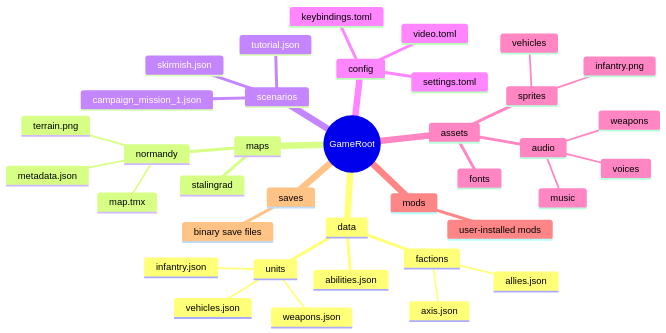
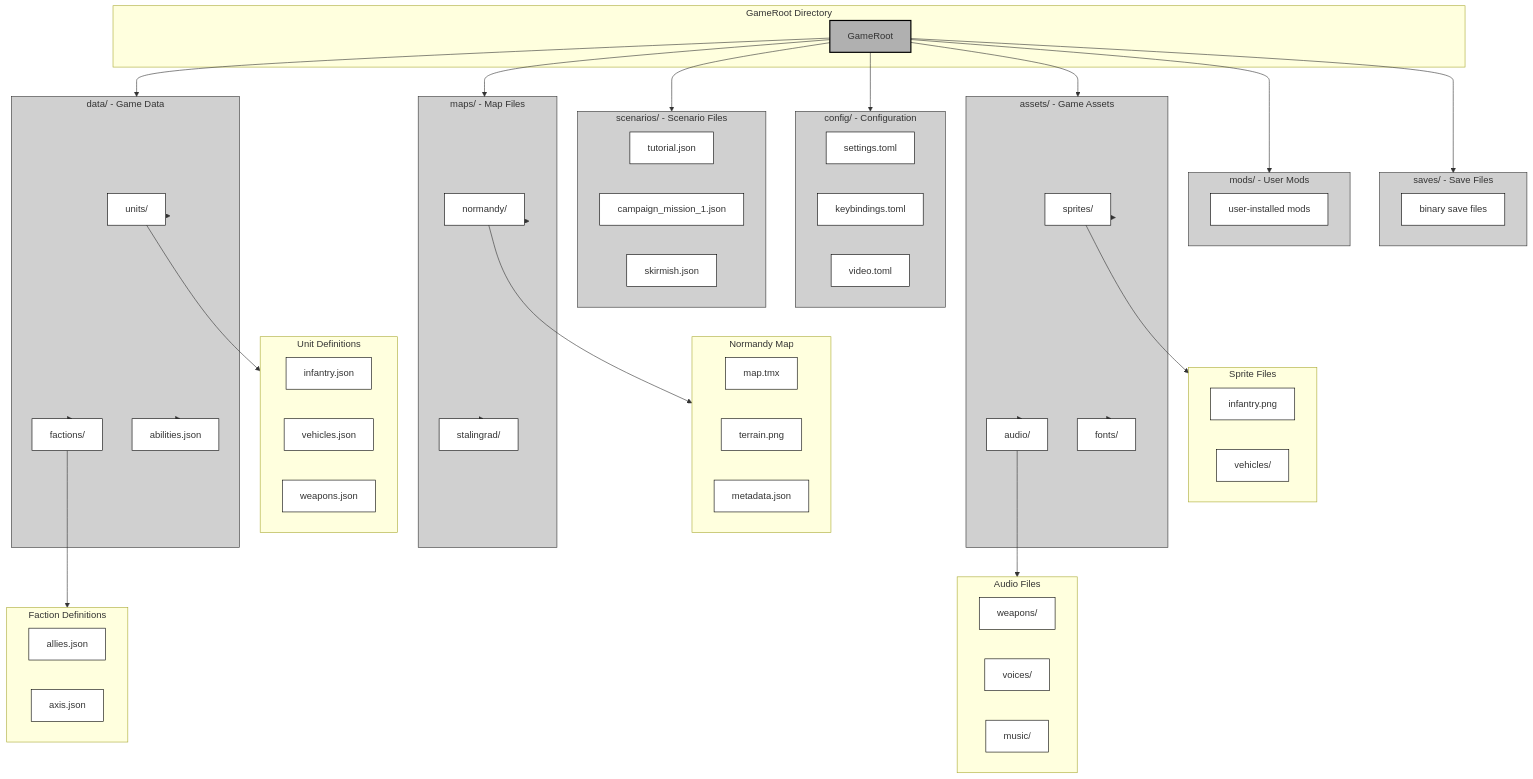
Before and after one commit to jukofyork/close-combat-architecture-study: the seventh of 9 diagrams in appendix_c_file_formats.md, drawn with Mermaid. The commit also changed other lines of this file and 15 other files, not shown here.

````diff
--- a/appendix_c_file_formats.md
+++ b/appendix_c_file_formats.md
@@ -1217,40 +1444,105 @@
 ```mermaid
-mindmap
-  root((GameRoot))
-    data
-      units
-        infantry.json
-        vehicles.json
-        weapons.json
-      factions
-        allies.json
-        axis.json
-      abilities.json
-    maps
-      normandy
-        map.tmx
-        terrain.png
-        metadata.json
-      stalingrad
-    scenarios
-      tutorial.json
-      campaign_mission_1.json
-      skirmish.json
-    config
-      settings.toml
-      keybindings.toml
-      video.toml
-    assets
-      sprites
-        infantry.png
-        vehicles
-      audio
-        weapons
-        voices
-        music
-      fonts
-    mods
-      user-installed mods
-    saves
-      binary save files
+flowchart TD
+    subgraph ROOT["GameRoot Directory"]
+        root["GameRoot"]
+    end
+
+    subgraph DATA["data/ - Game Data"]
+        data_units["units/"]
+        data_factions["factions/"]
+        data_abilities["abilities.json"]
+    end
+
+    subgraph UNITS["Unit Definitions"]
+        unit_inf["infantry.json"]
+        unit_veh["vehicles.json"]
+        unit_wep["weapons.json"]
+    end
+
+    subgraph FACTIONS["Faction Definitions"]
+        fac_allies["allies.json"]
+        fac_axis["axis.json"]
+    end
+
+    subgraph MAPS["maps/ - Map Files"]
+        map_normandy["normandy/"]
+        map_stalingrad["stalingrad/"]
+    end
+
+    subgraph NORMANDY["Normandy Map"]
+        n_map["map.tmx"]
+        n_terrain["terrain.png"]
+        n_meta["metadata.json"]
+    end
+
+    subgraph SCENARIOS["scenarios/ - Scenario Files"]
+        scen_tutorial["tutorial.json"]
+        scen_camp["campaign_mission_1.json"]
+        scen_skirmish["skirmish.json"]
+    end
+
+    subgraph CONFIG["config/ - Configuration"]
+        cfg_settings["settings.toml"]
+        cfg_keys["keybindings.toml"]
+        cfg_video["video.toml"]
+    end
+
+    subgraph ASSETS["assets/ - Game Assets"]
+        assets_sprites["sprites/"]
+        assets_audio["audio/"]
+        assets_fonts["fonts/"]
+    end
+
+    subgraph SPRITES["Sprite Files"]
+        spr_inf["infantry.png"]
+        spr_vehicles["vehicles/"]
+    end
+
+    subgraph AUDIO["Audio Files"]
+        audio_weap["weapons/"]
+        audio_voices["voices/"]
+        audio_music["music/"]
+    end
+
+    subgraph MODS["mods/ - User Mods"]
+        mods_dir["user-installed mods"]
+    end
+
+    subgraph SAVES["saves/ - Save Files"]
+        saves_bin["binary save files"]
+    end
+
+    root --> DATA
+    root --> MAPS
+    root --> SCENARIOS
+    root --> CONFIG
+    root --> ASSETS
+    root --> MODS
+    root --> SAVES
+
+    DATA --> data_units
+    DATA --> data_factions
+    DATA --> data_abilities
+
+    data_units --> UNITS
+    data_factions --> FACTIONS
+
+    MAPS --> map_normandy
+    MAPS --> map_stalingrad
+    map_normandy --> NORMANDY
+
+    ASSETS --> assets_sprites
+    ASSETS --> assets_audio
+    ASSETS --> assets_fonts
+
+    assets_sprites --> SPRITES
+    assets_audio --> AUDIO
+
+    classDef default fill:#fff,stroke:#000,stroke-width:1px
+    classDef light fill:#f0f0f0,stroke:#333,stroke-width:1px
+    classDef medium fill:#d0d0d0,stroke:#333,stroke-width:1px
+    classDef dark fill:#b0b0b0,stroke:#000,stroke-width:2px
+
+    class root dark
+    class DATA,MAPS,SCENARIOS,CONFIG,ASSETS,MODS,SAVES medium
 ```
````
